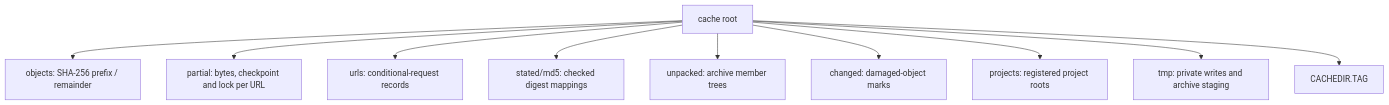
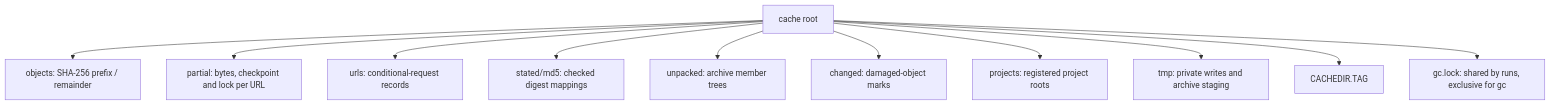
One commit to nikhil-yn-aix/fetchloom changed the diagram in docs/dev/architecture/cache.md. Above: the diagram before and after it, drawn with Mermaid. The commit also changed other lines of this file and 6 other files, not shown here.

````diff
--- a/docs/dev/architecture/cache.md
+++ b/docs/dev/architecture/cache.md
@@ -27,12 +28,13 @@
 ```mermaid
 flowchart TD
     root["cache root"] --> objects["objects: SHA-256 prefix / remainder"]
     root --> partial["partial: bytes, checkpoint and lock per URL"]
     root --> urls["urls: conditional-request records"]
     root --> stated["stated/md5: checked digest mappings"]
     root --> unpacked["unpacked: archive member trees"]
     root --> changed["changed: damaged-object marks"]
     root --> projects["projects: registered project roots"]
     root --> tmp["tmp: private writes and archive staging"]
     root --> tag["CACHEDIR.TAG"]
+    root --> gclock["gc.lock: shared by runs, exclusive for gc"]
 ```
````
